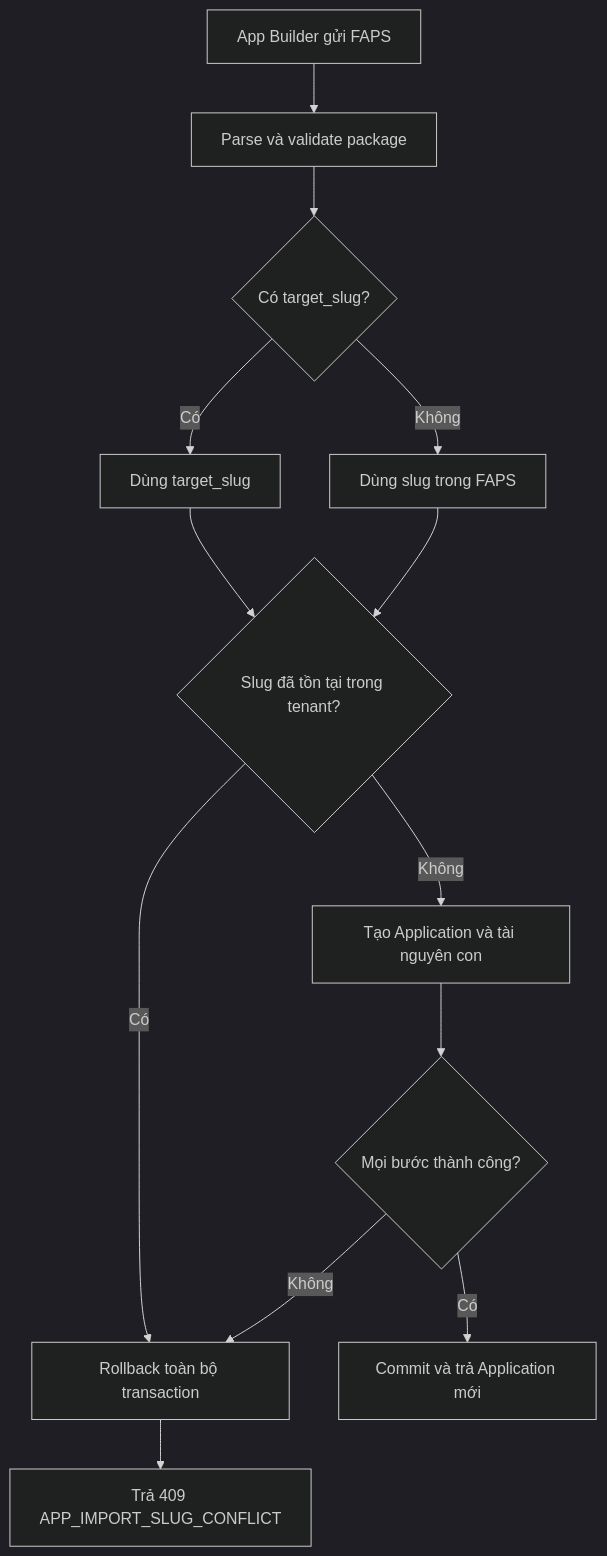
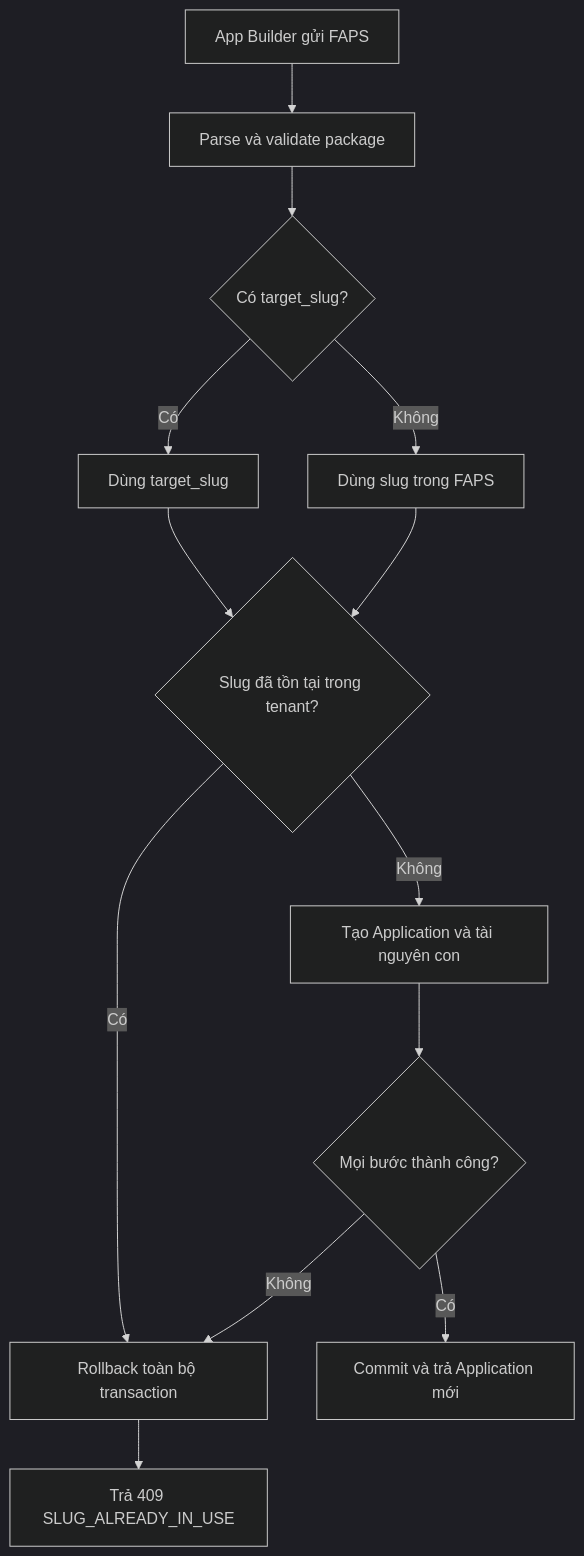
One commit to majinbaka/Flexi changed the diagram in apps/frontend/src/docs/specifications/application-management.mdx. Above: the diagram before and after it, drawn with Mermaid (dark theme). The commit also changed other lines of this file and 9 other files, not shown here.

````diff
--- a/apps/frontend/src/docs/specifications/application-management.mdx
+++ b/apps/frontend/src/docs/specifications/application-management.mdx
@@ -130,15 +130,15 @@
 ```mermaid
 flowchart TD
   A[App Builder gửi FAPS] --> B[Parse và validate package]
   B --> C{Có target_slug?}
   C -->|Có| D[Dùng target_slug]
   C -->|Không| E[Dùng slug trong FAPS]
   D --> F{Slug đã tồn tại trong tenant?}
   E --> F
   F -->|Có| G[Rollback toàn bộ transaction]
-  G --> H[Trả 409 APP_IMPORT_SLUG_CONFLICT]
+  G --> H[Trả 409 SLUG_ALREADY_IN_USE]
   F -->|Không| I[Tạo Application và tài nguyên con]
   I --> J{Mọi bước thành công?}
   J -->|Không| G
   J -->|Có| K[Commit và trả Application mới]
 ```
````
